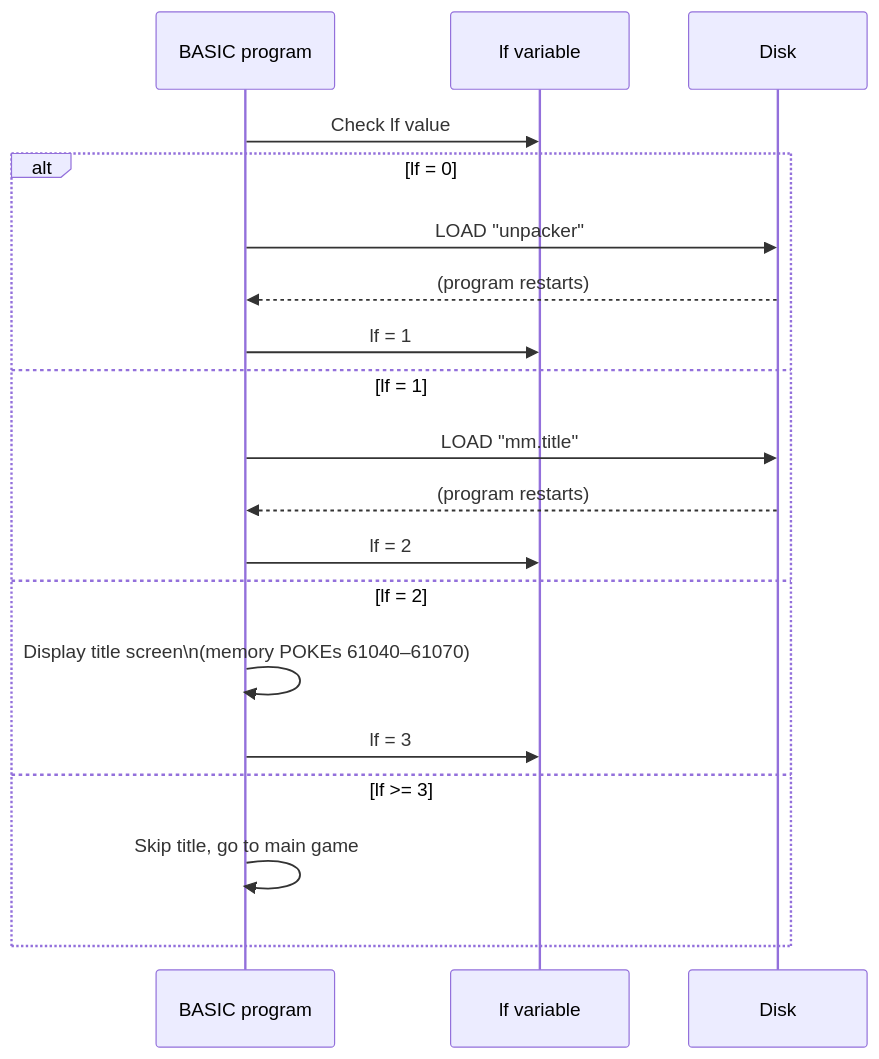
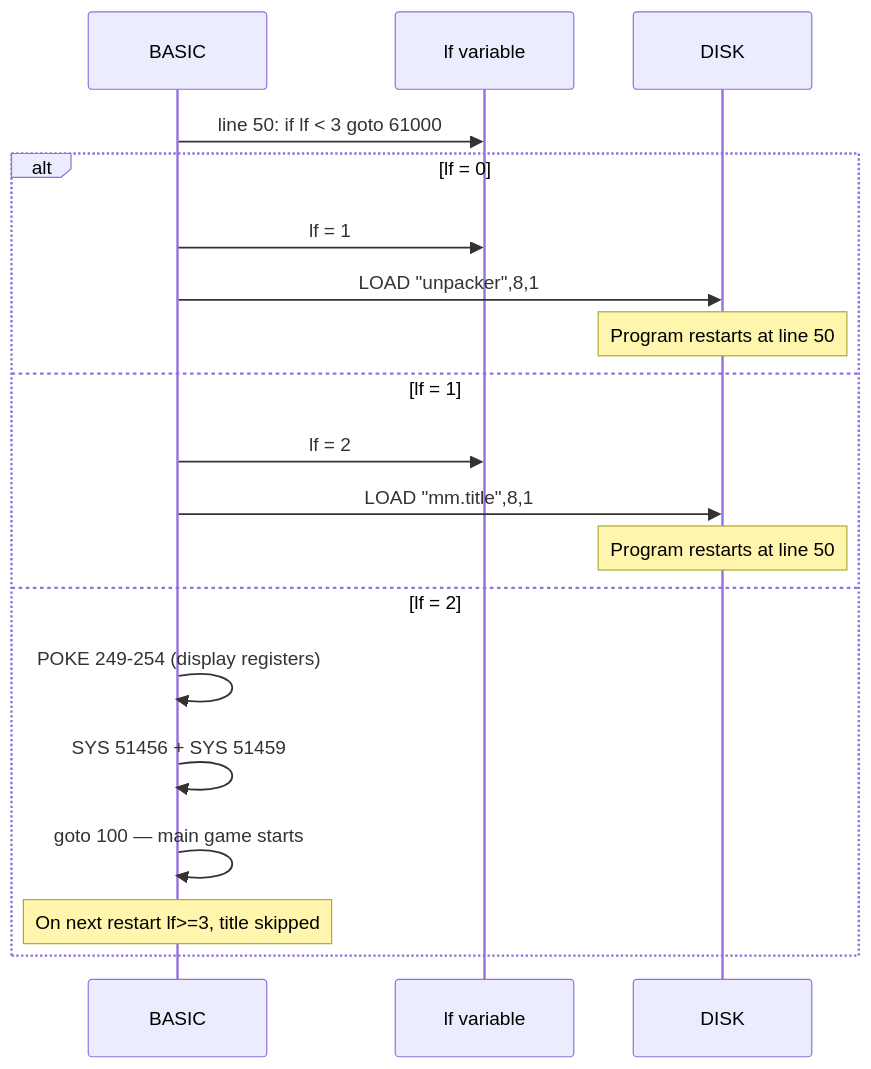
Before and after one commit to mcornell/movie-mogul: the third of 3 diagrams in docs/game-analysis.md, drawn with Mermaid. The commit also changed other lines of this file and 1 other file, not shown here.

````diff
--- a/docs/game-analysis.md
+++ b/docs/game-analysis.md
@@ -146,22 +351,22 @@
 ```mermaid
 sequenceDiagram
-    participant BASIC as BASIC program
+    participant BASIC
     participant LF as lf variable
-    participant DISK as Disk
+    participant DISK
 
-    BASIC->>LF: Check lf value
+    BASIC->>LF: line 50: if lf < 3 goto 61000
     alt lf = 0
-        BASIC->>DISK: LOAD "unpacker"
-        DISK-->>BASIC: (program restarts)
         BASIC->>LF: lf = 1
+        BASIC->>DISK: LOAD "unpacker",8,1
+        Note over DISK: Program restarts at line 50
     else lf = 1
-        BASIC->>DISK: LOAD "mm.title"
-        DISK-->>BASIC: (program restarts)
         BASIC->>LF: lf = 2
+        BASIC->>DISK: LOAD "mm.title",8,1
+        Note over DISK: Program restarts at line 50
     else lf = 2
-        BASIC->>BASIC: Display title screen\n(memory POKEs 61040–61070)
-        BASIC->>LF: lf = 3
-    else lf >= 3
-        BASIC->>BASIC: Skip title, go to main game
+        BASIC->>BASIC: POKE 249-254 (display registers)
+        BASIC->>BASIC: SYS 51456 + SYS 51459
+        BASIC->>BASIC: goto 100 — main game starts
+        Note over BASIC: On next restart lf>=3, title skipped
     end
 ```
````
